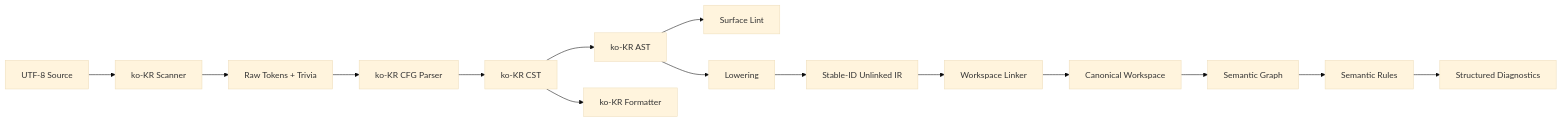
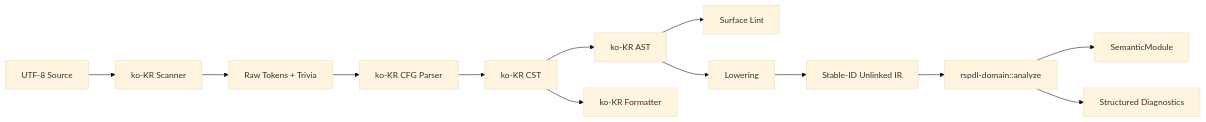
Before and after one commit to rspdl/rspdl-core: the second of 3 diagrams in docs/architecture.md, drawn with Mermaid (base theme). The commit also changed other lines of this file and 2 other files, not shown here.

````diff
--- a/docs/architecture.md
+++ b/docs/architecture.md
@@ -127,17 +127,15 @@
 ```mermaid
 flowchart LR
     SRC["UTF-8 Source"] --> SCAN["ko-KR Scanner"]
     SCAN --> TOK["Raw Tokens + Trivia"]
     TOK --> PARSE["ko-KR CFG Parser"]
     PARSE --> CST["ko-KR CST"]
     CST --> AST["ko-KR AST"]
     AST --> LINT["Surface Lint"]
     AST --> LOWER["Lowering"]
     LOWER --> UIR["Stable-ID Unlinked IR"]
-    UIR --> LINK["Workspace Linker"]
-    LINK --> CIR["Canonical Workspace"]
-    CIR --> GRAPH["Semantic Graph"]
-    GRAPH --> RULES["Semantic Rules"]
-    RULES --> DIAG["Structured Diagnostics"]
+    UIR --> ANALYZE["rspdl-domain::analyze"]
+    ANALYZE --> SM["SemanticModule"]
+    ANALYZE --> DIAG["Structured Diagnostics"]
     CST --> FORMAT["ko-KR Formatter"]
 ```
````
